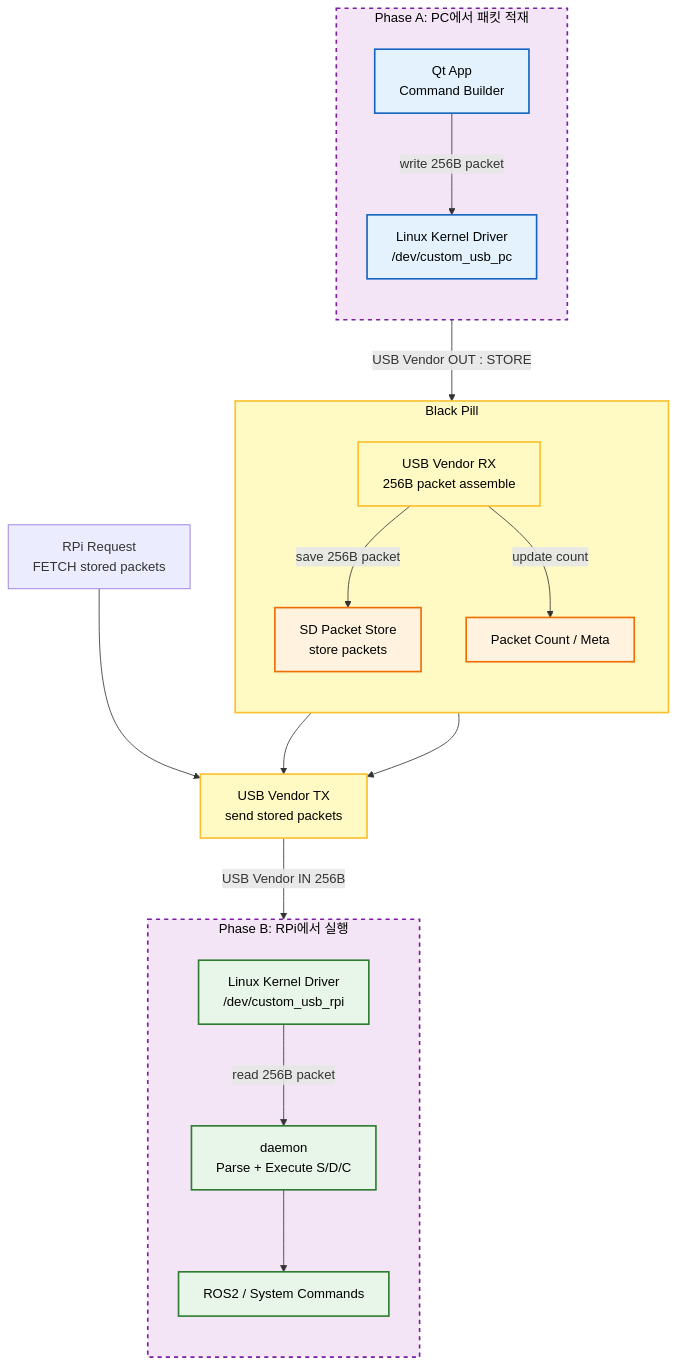
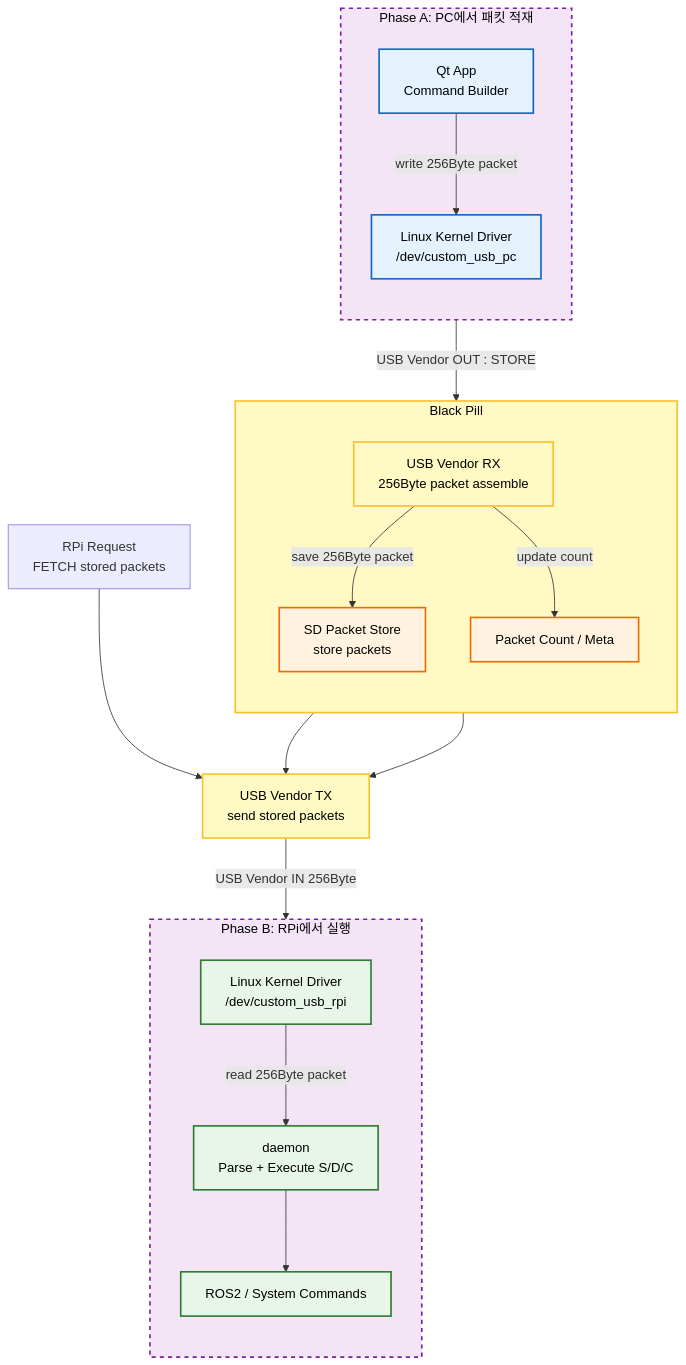
The second of 4 diagrams in README.md (ChangHoiAn/example), drawn with Mermaid before and after one commit. The commit also changed other lines of this file, not shown here.

````diff
--- a/README.md
+++ b/README.md
@@ -68,47 +68,47 @@
 ```mermaid
 %%{init: {"themeVariables": {"fontSize": "16px"}, "flowchart": {"useMaxWidth": true, "nodeSpacing": 55, "rankSpacing": 75, "diagramPadding": 10}}}%%
 flowchart TB
   classDef pc fill:#e3f2fd,stroke:#1565c0,stroke-width:2px,color:black;
   classDef mcu fill:#fff9c4,stroke:#fbc02d,stroke-width:2px,color:black;
   classDef rpi fill:#e8f5e9,stroke:#2e7d32,stroke-width:2px,color:black;
   classDef sd fill:#fff3e0,stroke:#ef6c00,stroke-width:2px,color:black;
   classDef usb fill:#f3e5f5,stroke:#7b1fa2,stroke-width:2px,stroke-dasharray: 5 5,color:black;
 
   subgraph PC_Phase ["Phase A: PC에서 패킷 적재"]
     direction TB
     QT["Qt App<br/>Command Builder"]
     KPC["Linux Kernel Driver<br/>/dev/custom_usb_pc"]
-    QT -->|write 256B packet| KPC
+    QT -->|write 256Byte packet| KPC
   end
 
   subgraph MCU_Group ["Black Pill"]
     direction TB
-    VEN_RX["USB Vendor RX<br/>256B packet assemble"]
+    VEN_RX["USB Vendor RX<br/>256Byte packet assemble"]
     SDSTORE["SD Packet Store<br/>store packets"]
     META["Packet Count / Meta"]
-    VEN_RX -->|save 256B packet| SDSTORE
+    VEN_RX -->|save 256Byte packet| SDSTORE
     VEN_RX -->|update count| META
   end
 
   subgraph RPI_Phase ["Phase B: RPi에서 실행"]
     direction TB
     KRPI["Linux Kernel Driver<br/>/dev/custom_usb_rpi"]
     DAEMON["daemon<br/>Parse + Execute S/D/C"]
     ROS2["ROS2 / System Commands"]
-    KRPI -->|read 256B packet| DAEMON
+    KRPI -->|read 256Byte packet| DAEMON
     DAEMON --> ROS2
   end
 
   KPC -->|USB Vendor OUT : STORE| VEN_RX
 
   RPI_REQ["RPi Request<br/>FETCH stored packets"] --> MCU_TX["USB Vendor TX<br/>send stored packets"]
   SDSTORE --> MCU_TX
   META --> MCU_TX
-  MCU_TX -->|USB Vendor IN 256B| KRPI
+  MCU_TX -->|USB Vendor IN 256Byte| KRPI
 
   class QT,KPC pc;
   class VEN_RX,MCU_TX,MCU_Group mcu;
   class KRPI,DAEMON,ROS2 rpi;
   class SDSTORE,META sd;
   class PC_Phase,RPI_Phase usb;
 ```
````
